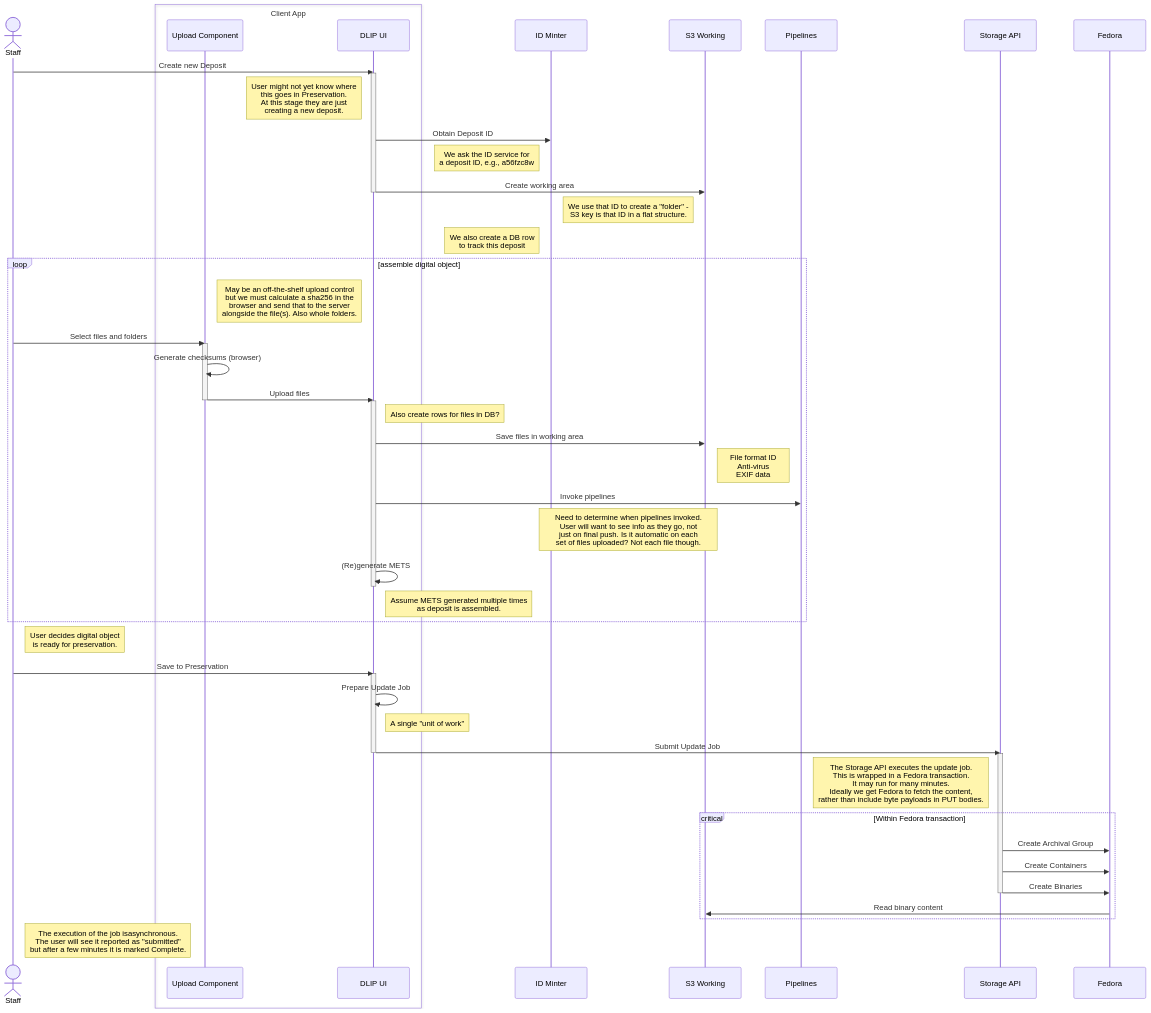
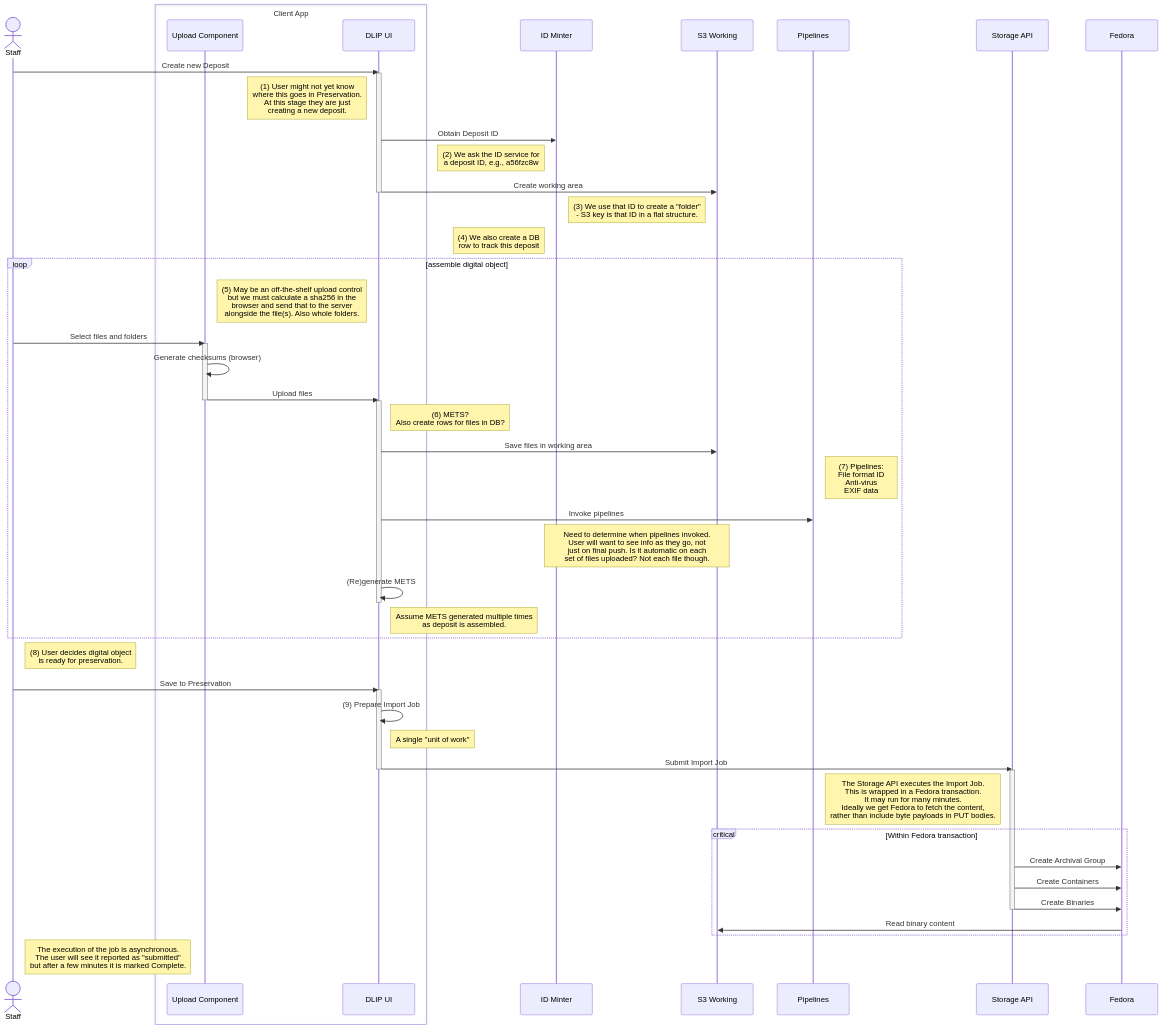
The diagram in sequence-diagrams/create-deposit-with-notes.md (digirati-co-uk/digital-preservation-docs), drawn with Mermaid before and after one commit. The commit also changed other lines of this file and 8 other files, not shown here.

Commit message:
More detailed seq diagrams

````diff
--- a/sequence-diagrams/create-deposit-with-notes.md
+++ b/sequence-diagrams/create-deposit-with-notes.md
@@ -5,57 +5,57 @@
 ```mermaid
 sequenceDiagram
     actor A as Staff
     box Client App
     participant UP as Upload Component
     participant UI as DLIP UI
     end
     participant ID as ID Minter
     participant S3 as S3 Working
     participant Pipe as Pipelines
     participant Storage as Storage API
     participant Fedora
     
     A->>UI: Create new Deposit
     activate UI
-    Note left of UI: User might not yet know where<br>this goes in Preservation.<br>At this stage they are just<br>creating a new deposit.
+    Note left of UI: (1) User might not yet know<br>where this goes in Preservation.<br>At this stage they are just<br>creating a new deposit.
     UI->>ID: Obtain Deposit ID
-    Note left of ID: We ask the ID service for<br>a deposit ID, e.g., a56fzc8w
+    Note left of ID: (2) We ask the ID service for<br>a deposit ID, e.g., a56fzc8w
     UI->>S3: Create working area
     deactivate UI
-    Note left of S3: We use that ID to create a "folder" -<br>S3 key is that ID in a flat structure.
-    Note left of ID: We also create a DB row<br>to track this deposit
+    Note left of S3: (3) We use that ID to create a "folder"<br> - S3 key is that ID in a flat structure.
+    Note left of ID: (4) We also create a DB<br>row to track this deposit
     loop assemble digital object
-        Note right of UP: May be an off-the-shelf upload control<br>but we must calculate a sha256 in the<br>browser and send that to the server<br>alongside the file(s). Also whole folders. 
+        Note right of UP: (5) May be an off-the-shelf upload control<br>but we must calculate a sha256 in the<br>browser and send that to the server<br>alongside the file(s). Also whole folders. 
         A->>UP: Select files and folders
         activate UP
         UP->>UP: Generate checksums (browser)
         UP->>UI: Upload files
         deactivate UP
         activate UI
-        Note right of UI: Also create rows for files in DB?
+        Note right of UI: (6) METS?<br>Also create rows for files in DB?
         UI->>S3: Save files in working area
-        Note left of Pipe: File format ID<br>Anti-virus<br>EXIF data
+        Note right of Pipe: (7) Pipelines:<br>File format ID<br>Anti-virus<br>EXIF data
         UI->>Pipe: Invoke pipelines
         Note over ID,S3: Need to determine when pipelines invoked.<br>User will want to see info as they go, not<br>just on final push. Is it automatic on each<br>set of files uploaded? Not each file though.
         UI->>UI: (Re)generate METS
         deactivate UI
         Note right of UI: Assume METS generated multiple times<br>as deposit is assembled.
     end
-    Note right of A: User decides digital object<br>is ready for preservation.
+    Note right of A: (8) User decides digital object<br>is ready for preservation.
     A->>UI: Save to Preservation
     activate UI
-    UI->>UI: Prepare Update Job
+    UI->>UI: (9) Prepare Import Job
     Note right of UI: A single "unit of work"
-    UI->>Storage: Submit Update Job
+    UI->>Storage: Submit Import Job
     deactivate UI
     activate Storage
-    Note left of Storage: The Storage API executes the update job.<br>This is wrapped in a Fedora transaction.<br>It may run for many minutes.<br>Ideally we get Fedora to fetch the content,<br>rather than include byte payloads in PUT bodies.
+    Note left of Storage: The Storage API executes the Import Job.<br>This is wrapped in a Fedora transaction.<br>It may run for many minutes.<br>Ideally we get Fedora to fetch the content,<br>rather than include byte payloads in PUT bodies.
     critical Within Fedora transaction
         Storage->>Fedora: Create Archival Group
         Storage->>Fedora: Create Containers
         Storage->>Fedora: Create Binaries
         deactivate Storage
         Fedora->>S3: Read binary content
     end
-    note right of A: The execution of the job isasynchronous.<br>The user will see it reported as "submitted"<br>but after a few minutes it is marked Complete.
+    note right of A: The execution of the job is asynchronous.<br>The user will see it reported as "submitted"<br>but after a few minutes it is marked Complete.
 ```
````
